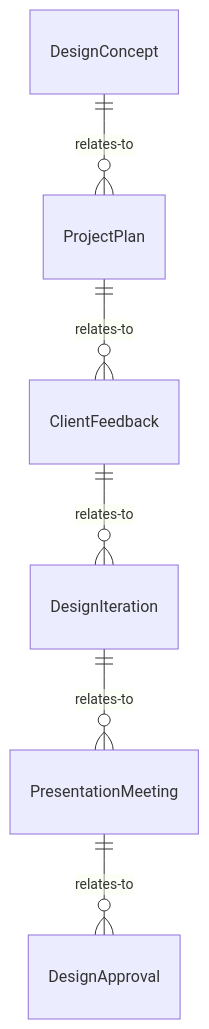
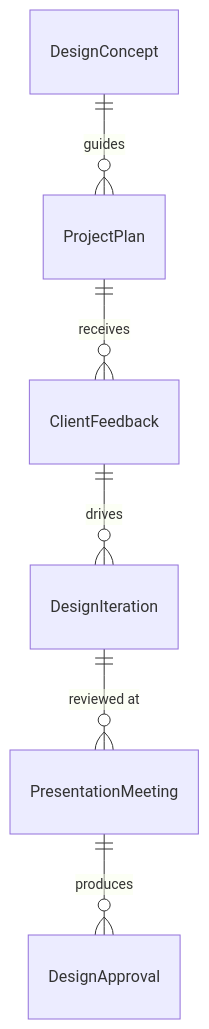
Before and after one commit to dot-org-ai/tasks.org.ai: the first of 4 diagrams in CommunicatingWithSupervisorsPeersOrSubordinates/ConferWithClientsToDetermineNeedsOrOrderSpecifications/DiscussDesignsPlansClients.mdx, drawn with Mermaid. The commit also changed other lines of this file and 515 other files, not shown here.

````diff
--- a/CommunicatingWithSupervisorsPeersOrSubordinates/ConferWithClientsToDetermineNeedsOrOrderSpecifications/DiscussDesignsPlansClients.mdx
+++ b/CommunicatingWithSupervisorsPeersOrSubordinates/ConferWithClientsToDetermineNeedsOrOrderSpecifications/DiscussDesignsPlansClients.mdx
@@ -89,8 +89,8 @@
 ```mermaid
 erDiagram
-    DesignConcept ||--o{ ProjectPlan : relates-to
-    ProjectPlan ||--o{ ClientFeedback : relates-to
-    ClientFeedback ||--o{ DesignIteration : relates-to
-    DesignIteration ||--o{ PresentationMeeting : relates-to
-    PresentationMeeting ||--o{ DesignApproval : relates-to
+    DesignConcept ||--o{ ProjectPlan : guides
+    ProjectPlan ||--o{ ClientFeedback : receives
+    ClientFeedback ||--o{ DesignIteration : drives
+    DesignIteration ||--o{ PresentationMeeting : "reviewed at"
+    PresentationMeeting ||--o{ DesignApproval : produces
 ```
````
